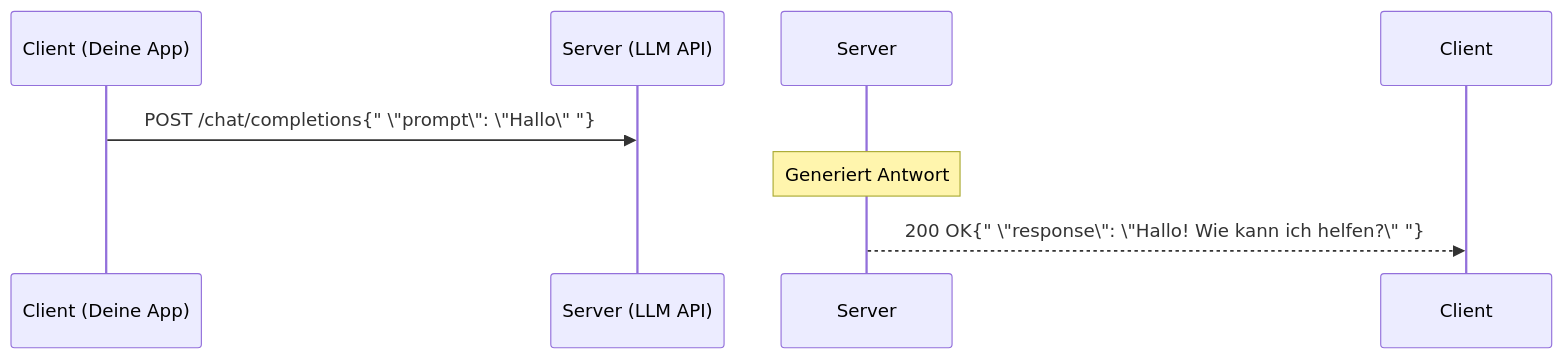
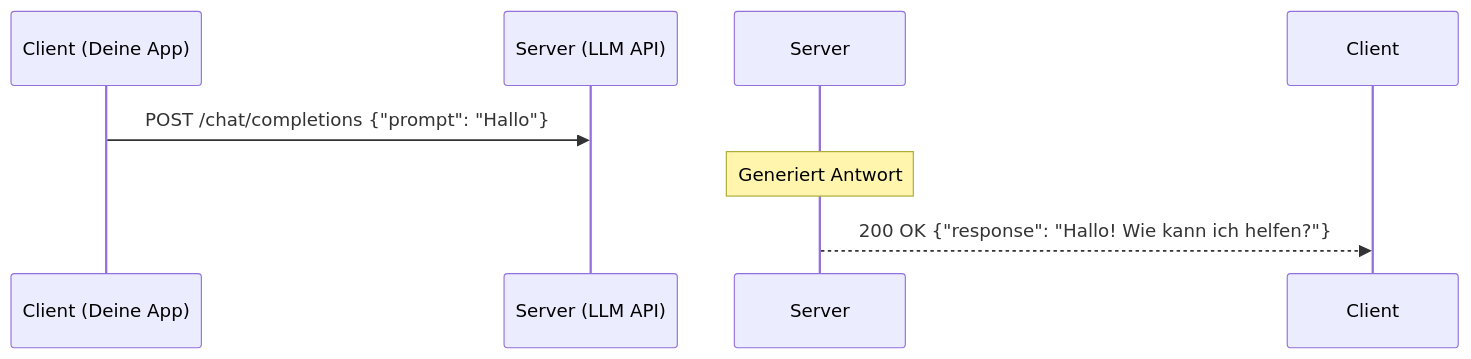
The second of 7 diagrams in docs/künstliche-intelligenz/coding/ki-anwendungen-programmieren.md (thorstenkloehn/dokument), drawn with Mermaid before and after one commit. The commit also changed other lines of this file and 41 other files, not shown here.

First line of the commit message:
fix: quote Mermaid edge and node labels with special characters

````diff
--- a/docs/künstliche-intelligenz/coding/ki-anwendungen-programmieren.md
+++ b/docs/künstliche-intelligenz/coding/ki-anwendungen-programmieren.md
@@ -71,6 +71,6 @@
 ```mermaid
 sequenceDiagram
-    Client (Deine App) ->> Server (LLM API): POST /chat/completions{" \"prompt\": \"Hallo\" "}
+    Client (Deine App) ->> Server (LLM API): POST /chat/completions {"prompt": "Hallo"}
     Note over Server: Generiert Antwort
-    Server -->> Client: 200 OK{" \"response\": \"Hallo! Wie kann ich helfen?\" "}
+    Server -->> Client: 200 OK {"response": "Hallo! Wie kann ich helfen?"}
 ```
````
